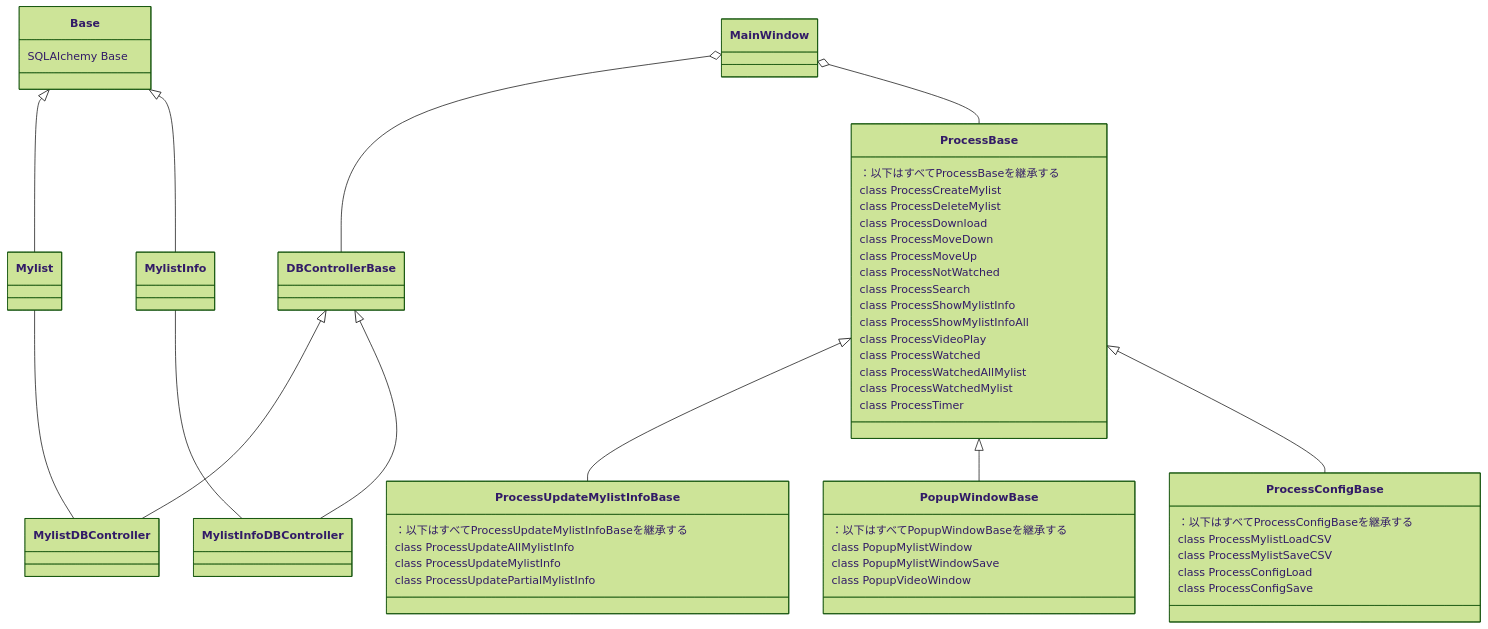
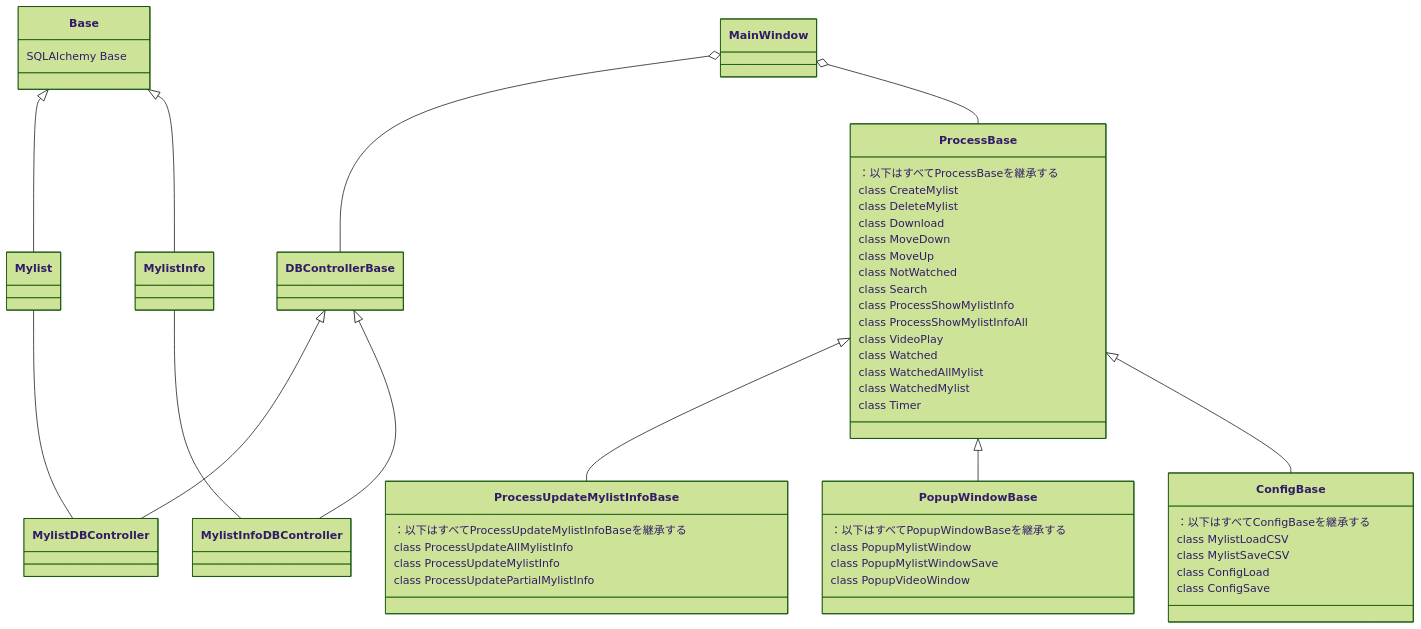
Before and after one commit to shift4869/NNMM: the diagram in mermaid/class.md, drawn with Mermaid (forest theme). The commit also changed 38 other files, not shown here.

````diff
--- a/mermaid/class.md
+++ b/mermaid/class.md
@@ -1,68 +1,68 @@
 ```mermaid
 classDiagram
     class MainWindow
 
     class Base{
         SQLAlchemy Base
     }
     class Mylist
     class MylistInfo
 
     class DBControllerBase
     class MylistDBController
     class MylistInfoDBController
 
     class ProcessBase{
         ：以下はすべてProcessBaseを継承する
-        class ProcessCreateMylist
-        class ProcessDeleteMylist
-        class ProcessDownload
-        class ProcessMoveDown
-        class ProcessMoveUp
-        class ProcessNotWatched
-        class ProcessSearch
+        class CreateMylist
+        class DeleteMylist
+        class Download
+        class MoveDown
+        class MoveUp
+        class NotWatched
+        class Search
         class ProcessShowMylistInfo
         class ProcessShowMylistInfoAll
-        class ProcessVideoPlay
-        class ProcessWatched
-        class ProcessWatchedAllMylist
-        class ProcessWatchedMylist
-        class ProcessTimer
+        class VideoPlay
+        class Watched
+        class WatchedAllMylist
+        class WatchedMylist
+        class Timer
     }
 
     class ProcessUpdateMylistInfoBase{
         ：以下はすべてProcessUpdateMylistInfoBaseを継承する
         class ProcessUpdateAllMylistInfo
         class ProcessUpdateMylistInfo
         class ProcessUpdatePartialMylistInfo
     }
 
     class PopupWindowBase{
         ：以下はすべてPopupWindowBaseを継承する
         class PopupMylistWindow
         class PopupMylistWindowSave
         class PopupVideoWindow
     }
 
-    class ProcessConfigBase{
-        ：以下はすべてProcessConfigBaseを継承する
-        class ProcessMylistLoadCSV
-        class ProcessMylistSaveCSV
-        class ProcessConfigLoad
-        class ProcessConfigSave
+    class ConfigBase{
+        ：以下はすべてConfigBaseを継承する
+        class MylistLoadCSV
+        class MylistSaveCSV
+        class ConfigLoad
+        class ConfigSave
     }
 
     MainWindow o-- DBControllerBase
     MainWindow o-- ProcessBase
 
     Base <|-- Mylist
     Base <|-- MylistInfo
     DBControllerBase <|-- MylistDBController
     DBControllerBase <|-- MylistInfoDBController
     Mylist -- MylistDBController
     MylistInfo -- MylistInfoDBController
 
     ProcessBase <|-- ProcessUpdateMylistInfoBase
     ProcessBase <|-- PopupWindowBase
-    ProcessBase <|-- ProcessConfigBase
+    ProcessBase <|-- ConfigBase
 ```
````
